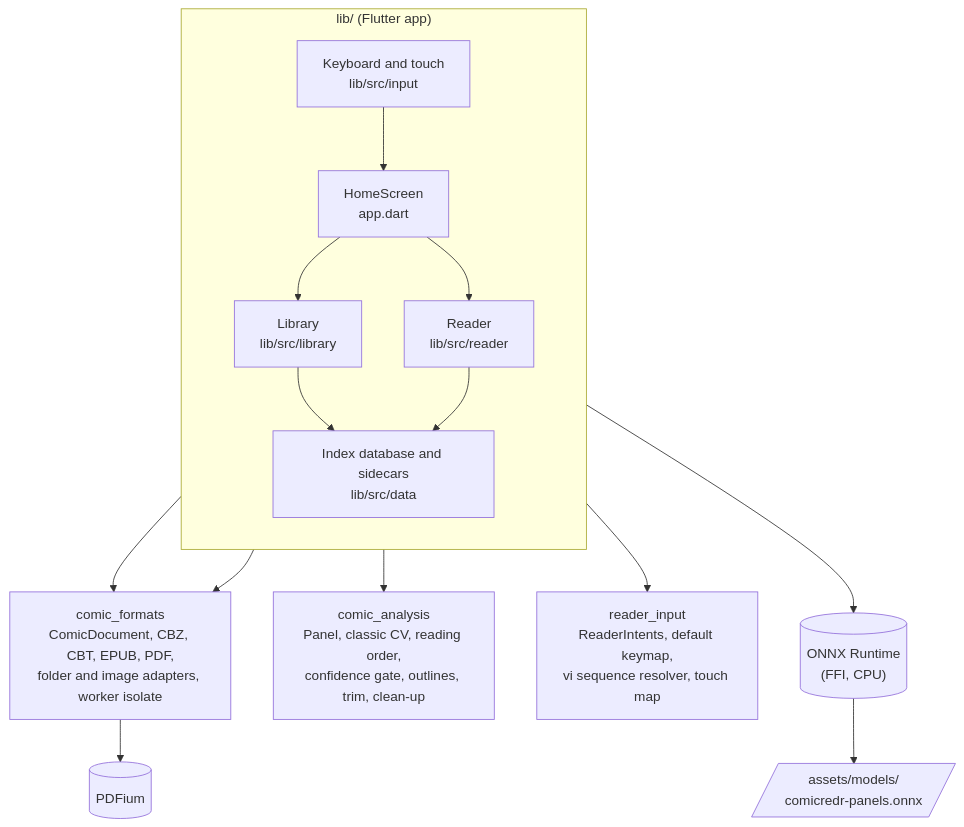
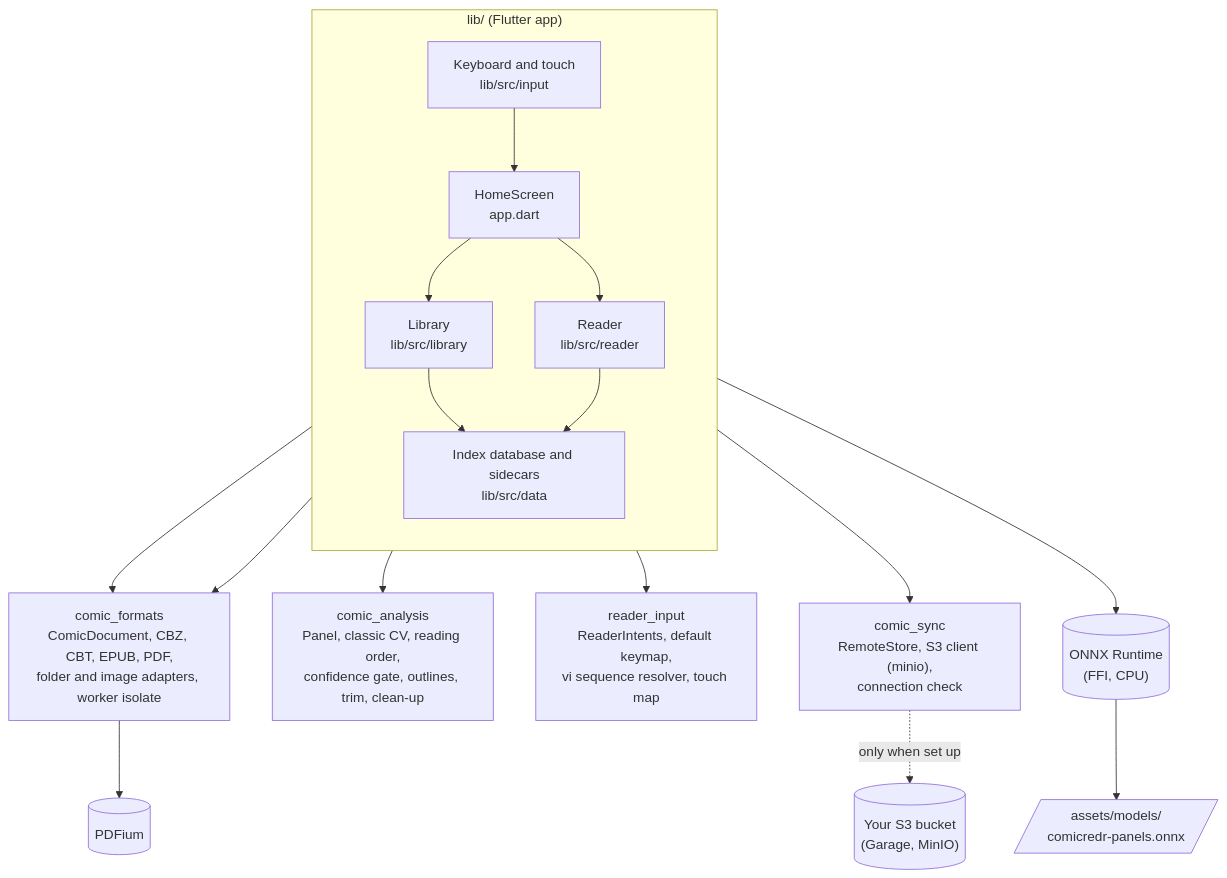
One commit to snonux/comicredr changed the first of 9 diagrams in docs/architecture.md. Above: the diagram before and after it, drawn with Mermaid. The commit also changed other lines of this file and 37 other files, not shown here.

First line of the commit message:
S3 sync part 1: the connection to your own bucket

````diff
--- a/docs/architecture.md
+++ b/docs/architecture.md
@@ -17,30 +17,34 @@
 ```mermaid
 flowchart TB
   subgraph app["lib/ (Flutter app)"]
     direction TB
     home["HomeScreen<br/>app.dart"]
     lib["Library<br/>lib/src/library"]
     reader["Reader<br/>lib/src/reader"]
     input["Keyboard and touch<br/>lib/src/input"]
     data["Index database and sidecars<br/>lib/src/data"]
     home --> lib
     home --> reader
     input --> home
     lib --> data
     reader --> data
   end
   formats["comic_formats<br/>ComicDocument, CBZ, CBT, EPUB, PDF,<br/>folder and image adapters, worker isolate"]
   analysis["comic_analysis<br/>Panel, classic CV, reading order,<br/>confidence gate, outlines, trim, clean-up"]
   rinput["reader_input<br/>ReaderIntents, default keymap,<br/>vi sequence resolver, touch map"]
+  sync["comic_sync<br/>RemoteStore, S3 client (minio),<br/>connection check"]
+  s3[("Your S3 bucket<br/>(Garage, MinIO)")]
   ort[("ONNX Runtime<br/>(FFI, CPU)")]
   pdfium[("PDFium")]
   model[/"assets/models/<br/>comicredr-panels.onnx"/]
 
   lib --> formats
   reader --> formats
   reader --> analysis
   input --> rinput
+  data --> sync
+  sync -. "only when set up" .-> s3
   formats --> pdfium
   reader --> ort
   ort --> model
 ```
````
